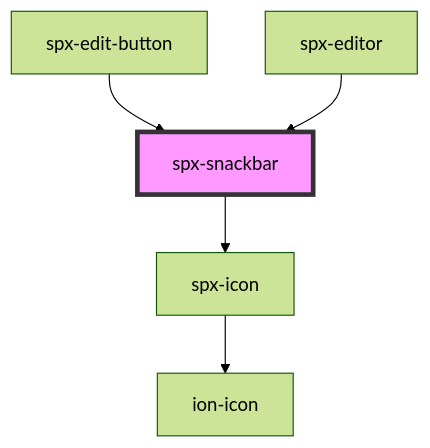
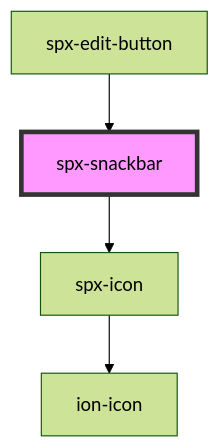
Before and after one commit to dnnsjsk/spx: the diagram in stencil/src/components/spx-snackbar/readme.md, drawn with Mermaid (forest theme). The commit also changed other lines of this file and 198 other files, not shown here.

````diff
--- a/stencil/src/components/spx-snackbar/readme.md
+++ b/stencil/src/components/spx-snackbar/readme.md
@@ -66,8 +72,7 @@
 ```mermaid
 graph TD;
   spx-snackbar --> spx-icon
   spx-icon --> ion-icon
   spx-edit-button --> spx-snackbar
-  spx-editor --> spx-snackbar
   style spx-snackbar fill:#f9f,stroke:#333,stroke-width:4px
 ```
````
